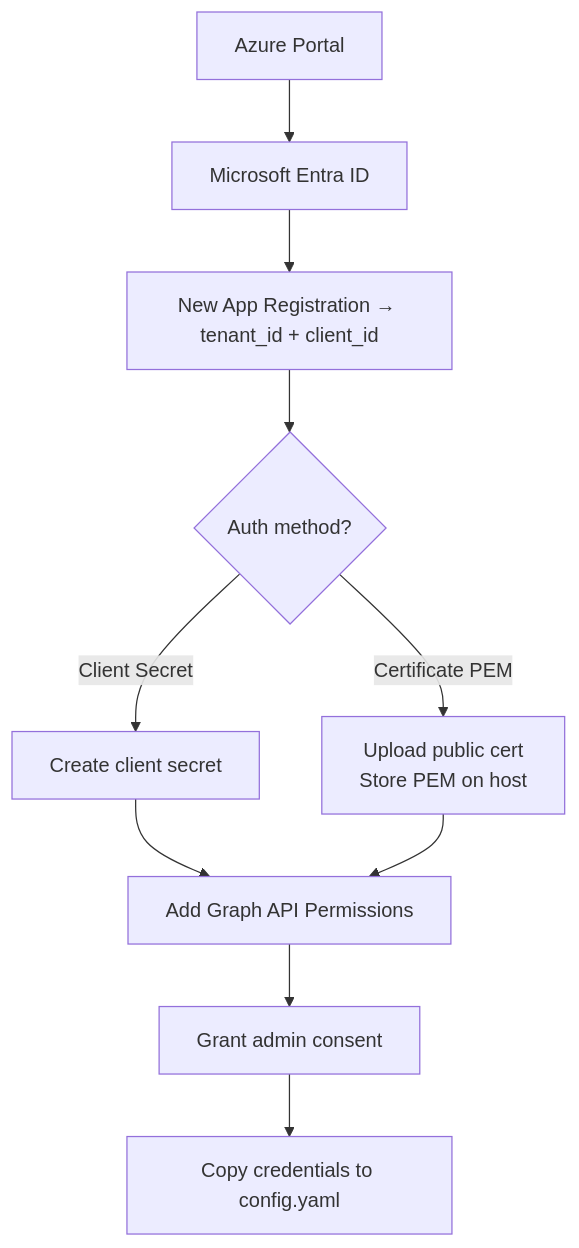
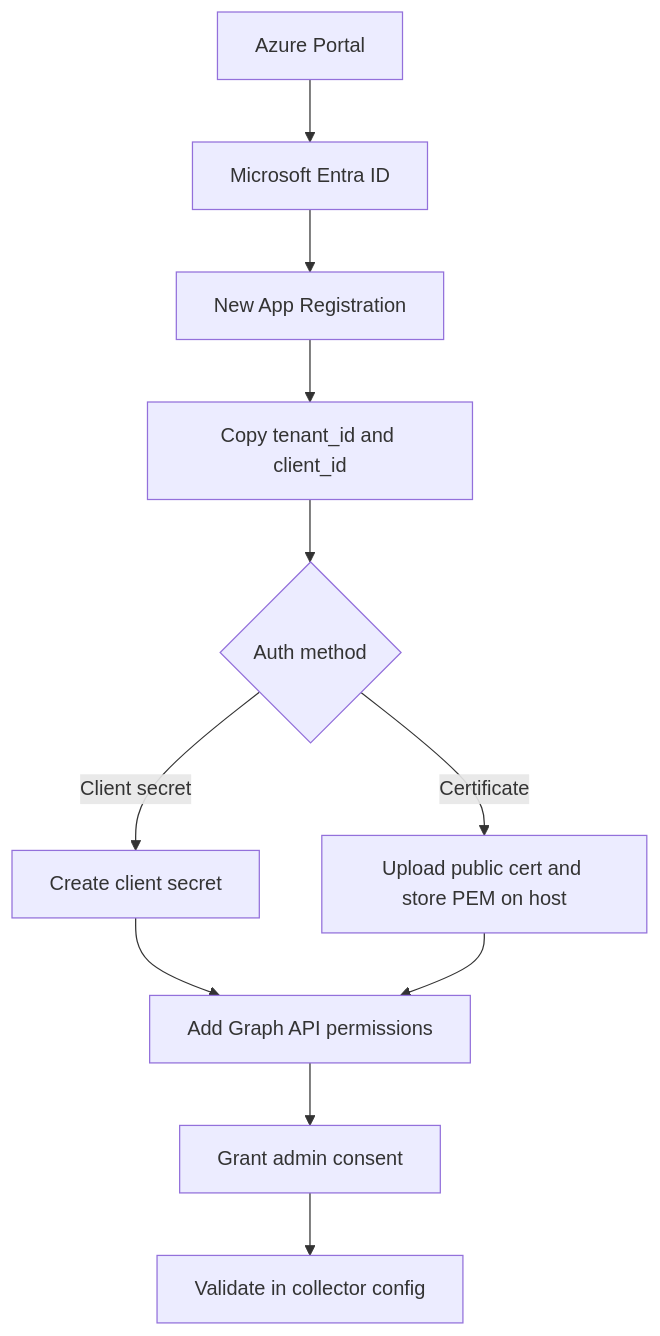
Before and after one commit to Phenisys/microsoft-teams-observability-documentation: the diagram in src/content/docs/collector/azure-permissions.mdx, drawn with Mermaid. The commit also changed other lines of this file and 26 other files, not shown here.

Commit message:
feat(docs): apply V2 documentation roadmap

````diff
--- a/src/content/docs/collector/azure-permissions.mdx
+++ b/src/content/docs/collector/azure-permissions.mdx
@@ -24,12 +28,13 @@
 ```mermaid
 flowchart TD
     A[Azure Portal] --> B[Microsoft Entra ID]
-    B --> C["New App Registration → tenant_id + client_id"]
-    C --> D{Auth method?}
-    D -->|Client Secret| E[Create client secret]
-    D -->|Certificate PEM| F["Upload public cert\nStore PEM on host"]
-    E --> G[Add Graph API Permissions]
-    F --> G
-    G --> H[Grant admin consent]
-    H --> I[Copy credentials to config.yaml]
+    B --> C[New App Registration]
+    C --> D[Copy tenant_id and client_id]
+    D --> E{Auth method}
+    E -->|Client secret| F[Create client secret]
+    E -->|Certificate| G[Upload public cert and store PEM on host]
+    F --> H[Add Graph API permissions]
+    G --> H
+    H --> I[Grant admin consent]
+    I --> J[Validate in collector config]
 ```
````
